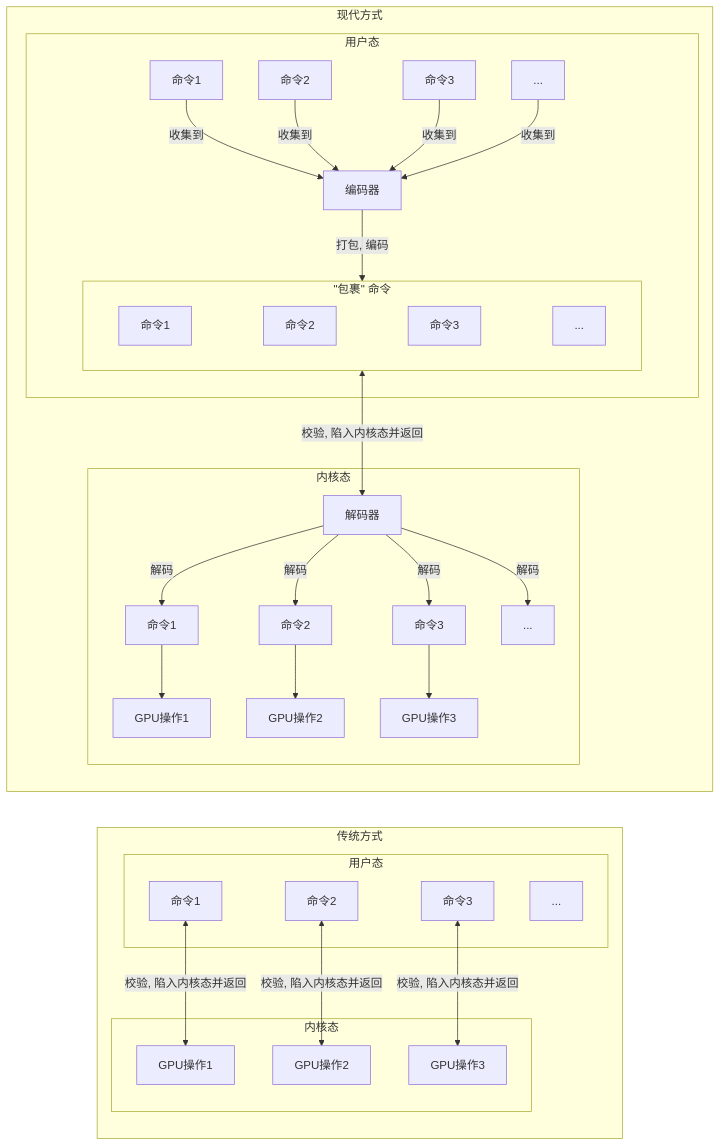
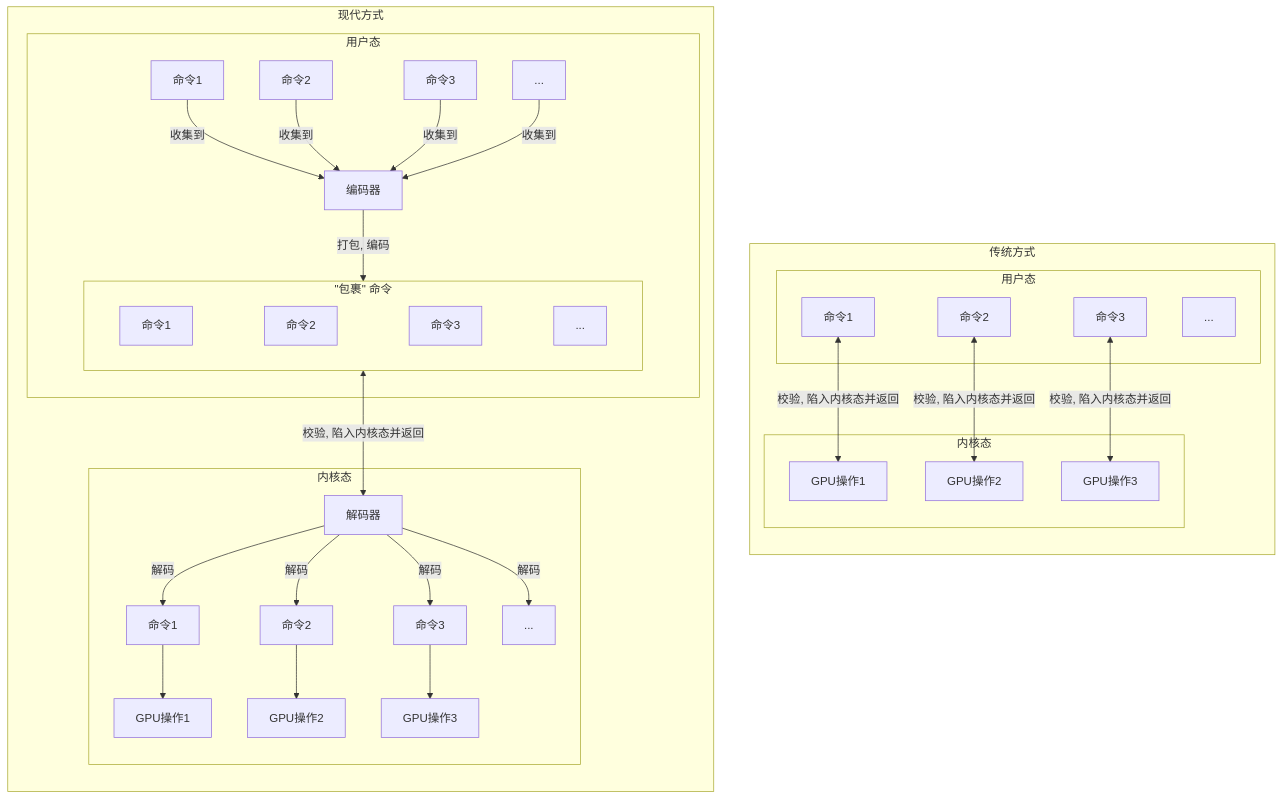
The second of 2 diagrams in books/04.1.GPU内存.md (Argon4W/LearnBlaze3D), drawn with Mermaid before and after one commit.

````diff
--- a/books/04.1.GPU内存.md
+++ b/books/04.1.GPU内存.md
@@ -346,63 +346,63 @@
 ```mermaid
-flowchart LR
+flowchart TB
     subgraph 传统方式 
         direction TB
         subgraph USER1[用户态]
             CMD11[命令1]
             CMD12[命令2]
             CMD13[命令3]
             ASN1[...]
         end
         
         subgraph KERNEL1[内核态]
             DRIVER11[GPU操作1]
             DRIVER12[GPU操作2]
             DRIVER13[GPU操作3]
         end
         
         CMD11<-->|校验, 陷入内核态并返回| DRIVER11
         CMD12<-->|校验, 陷入内核态并返回| DRIVER12
         CMD13<-->|校验, 陷入内核态并返回| DRIVER13
     end
 
     subgraph 现代方式
         direction TB
         subgraph USER2[用户态]
             CMD21[命令1]
             CMD22[命令2]
             CMD23[命令3]
             ASN2[...]
             ENCODER[编码器]
             
             subgraph PACK["#quot;包裹#quot; 命令"]
                 CMD31[命令1]
                 CMD32[命令2]
                 CMD33[命令3]
                 ASN3[...]
                 
                 CMD31 ~~~ CMD32 ~~~ CMD33 ~~~ ASN3
             end
             
             CMD21-->|收集到| ENCODER
             CMD22-->|收集到| ENCODER
             CMD23-->|收集到| ENCODER
             ASN2-->|收集到| ENCODER
             ENCODER-->|打包, 编码| PACK
         end
 
         PACK<-->|校验, 陷入内核态并返回| DECODER
         
         subgraph KERNEL2[内核态]
             DECODER[解码器]
             CMD41[命令1]
             CMD42[命令2]
             CMD43[命令3]
             ASN4[...]
             
             DECODER-->|解码| CMD41 --> DRIVER21[GPU操作1]
             DECODER-->|解码| CMD42 --> DRIVER22[GPU操作2]
             DECODER-->|解码| CMD43 --> DRIVER23[GPU操作3]
             DECODER-->|解码| ASN4
         end
     end
 ```
````
